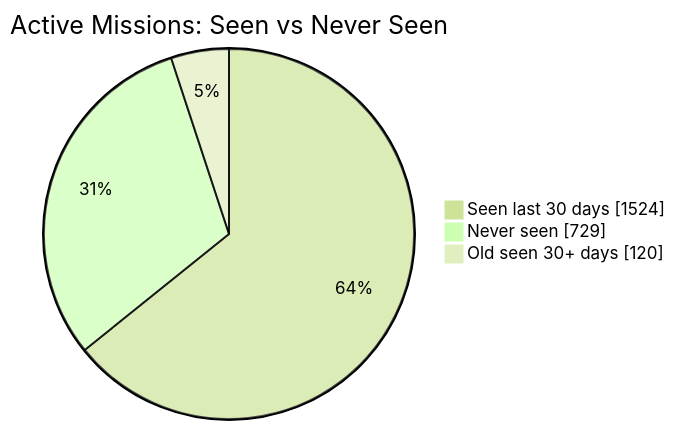
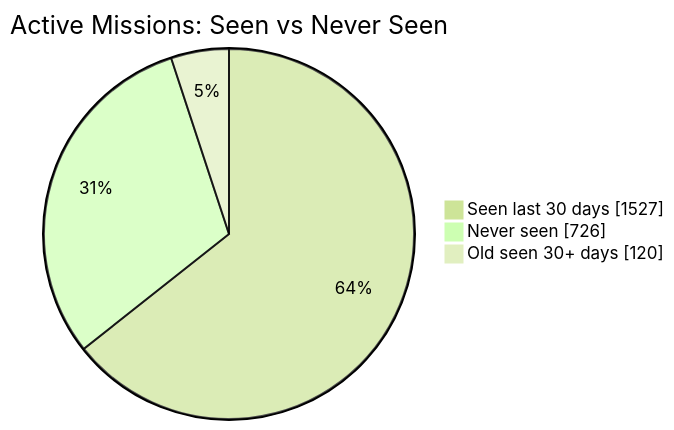
The first of 2 diagrams in README.md (MeldkamerspelGameTeam/active-missions), drawn with Mermaid (forest theme) before and after one commit. The commit also changed other lines of this file and 2 other files, not shown here.

````diff
--- a/README.md
+++ b/README.md
@@ -34,7 +34,7 @@
 ```mermaid
 pie showData
     title Active Missions: Seen vs Never Seen
-    "Seen last 30 days" : 1524
-    "Never seen" : 729
+    "Seen last 30 days" : 1527
+    "Never seen" : 726
     "Old seen 30+ days" : 120
 ```
````
